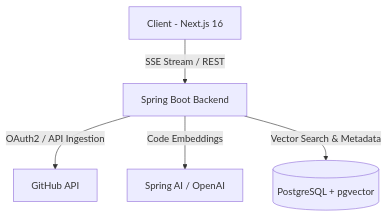
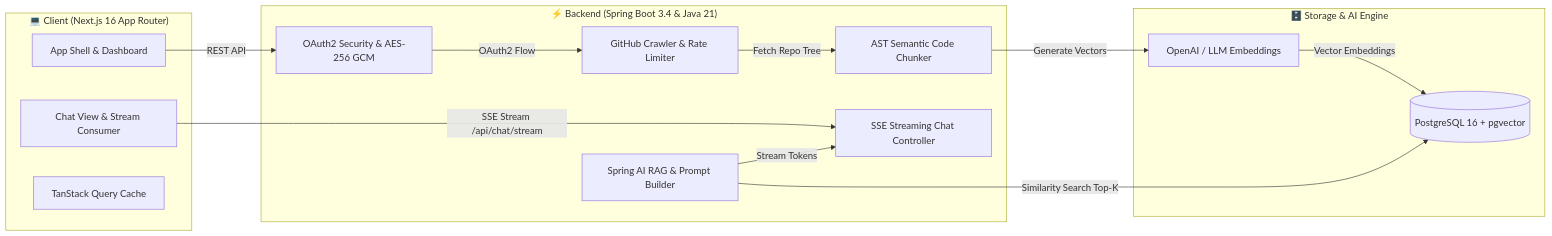
One commit to sanjanamandal1/plottwist changed the diagram in README.md. Above: the diagram before and after it, drawn with Mermaid. The commit also changed other lines of this file, not shown here.

Commit message:
docs: add cute, detailed, and aesthetic README with architecture and setup guide

````diff
--- a/README.md
+++ b/README.md
@@ -22,7 +51,30 @@
 ```mermaid
-graph TD
-    A[Client - Next.js 16] -->|SSE Stream / REST| B[Spring Boot Backend]
-    B -->|OAuth2 / API Ingestion| C[GitHub API]
-    B -->|Code Embeddings| D[Spring AI / OpenAI]
-    B -->|Vector Search & Metadata| E[(PostgreSQL + pgvector)]
+flowchart LR
+    subgraph Client ["💻 Client (Next.js 16 App Router)"]
+        UI[App Shell & Dashboard]
+        Chat[Chat View & Stream Consumer]
+        Store[TanStack Query Cache]
+    end
+
+    subgraph Backend ["⚡ Backend (Spring Boot 3.4 & Java 21)"]
+        Auth[OAuth2 Security & AES-256 GCM]
+        Crawler[GitHub Crawler & Rate Limiter]
+        Chunker[AST Semantic Code Chunker]
+        RAG[Spring AI RAG & Prompt Builder]
+        SSE[SSE Streaming Chat Controller]
+    end
+
+    subgraph Storage ["🗄️ Storage & AI Engine"]
+        PG[(PostgreSQL 16 + pgvector)]
+        LLM[OpenAI / LLM Embeddings]
+    end
+
+    UI -->|REST API| Auth
+    Chat -->|SSE Stream /api/chat/stream| SSE
+    Auth -->|OAuth2 Flow| Crawler
+    Crawler -->|Fetch Repo Tree| Chunker
+    Chunker -->|Generate Vectors| LLM
+    LLM -->|Vector Embeddings| PG
+    RAG -->|Similarity Search Top-K| PG
+    RAG -->|Stream Tokens| SSE
 ```
````
